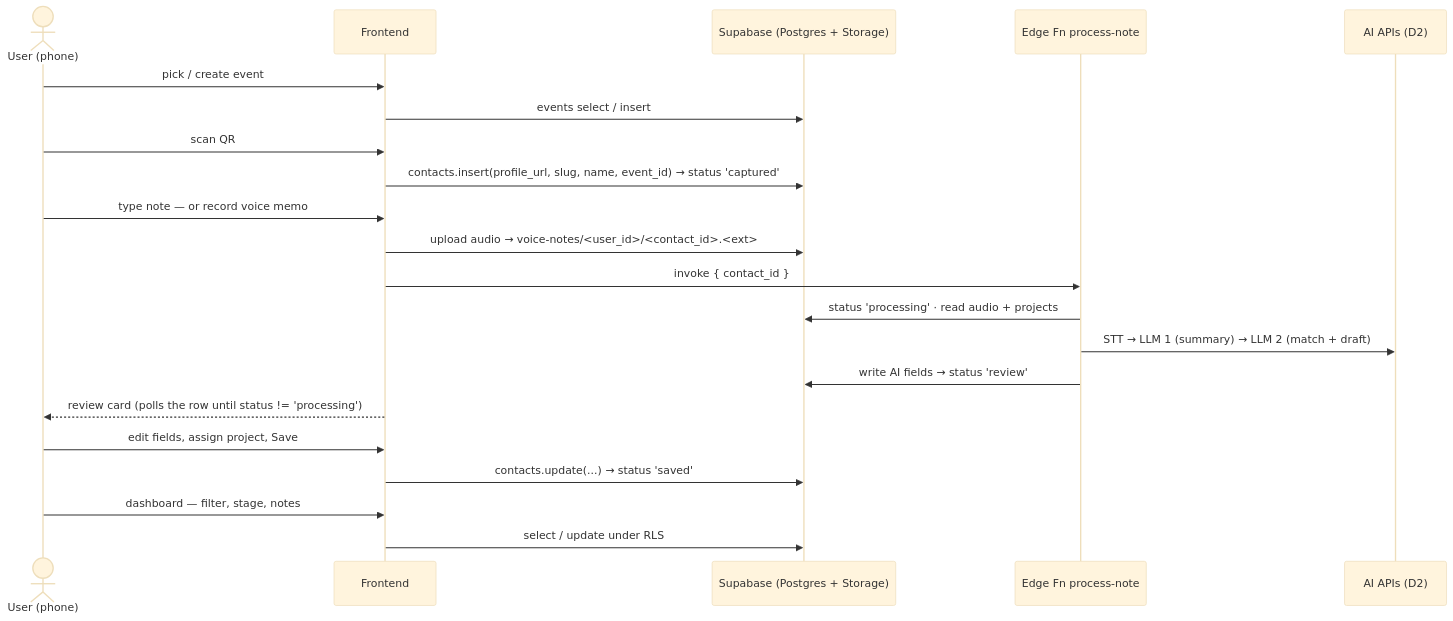
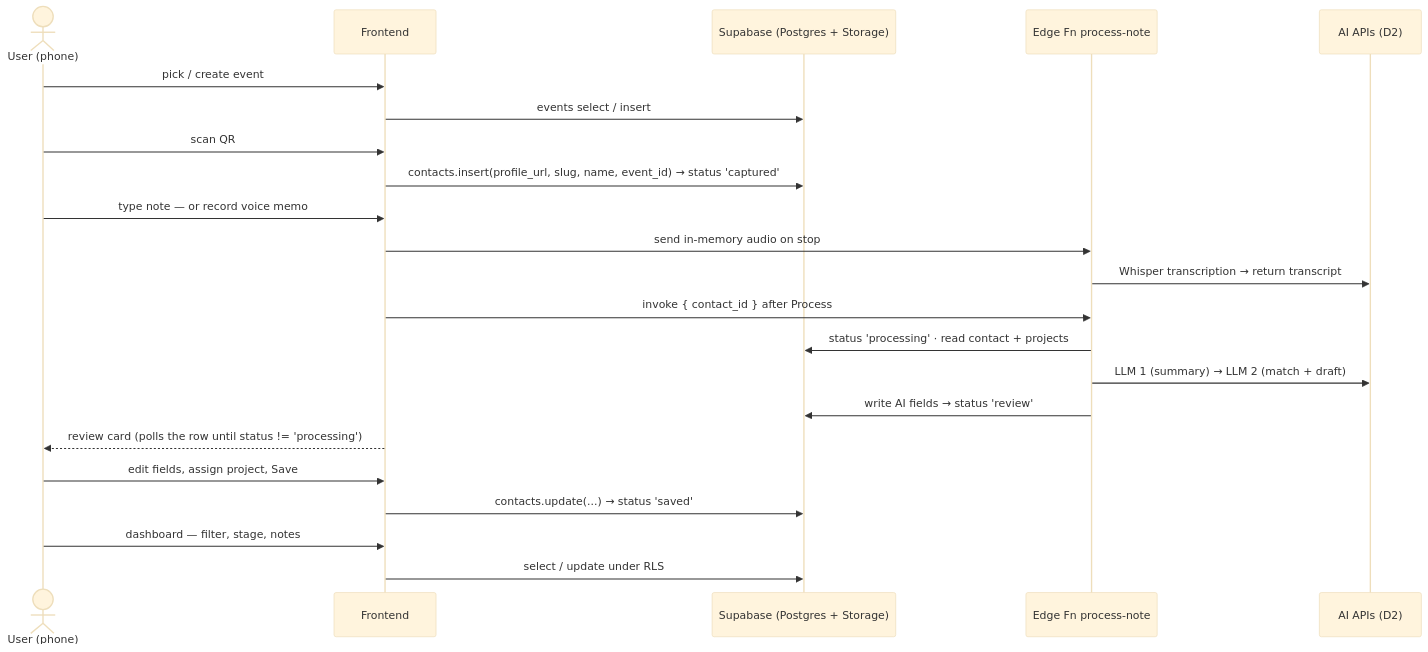
Before and after one commit to NodrrS/bcbt_hackathon: the diagram in docs/BACKEND_BRIEF.md, drawn with Mermaid (base theme). The commit also changed other lines of this file and 19 other files, not shown here.

First line of the commit message:
feat: Implement initial Supabase schema and policies, add voice memo processing functionality

````diff
--- a/docs/BACKEND_BRIEF.md
+++ b/docs/BACKEND_BRIEF.md
@@ -10,23 +10,24 @@
 ```mermaid
 sequenceDiagram
   actor U as User (phone)
   participant FE as Frontend
   participant SB as Supabase (Postgres + Storage)
   participant FN as Edge Fn process-note
   participant AI as AI APIs (D2)
   U->>FE: pick / create event
   FE->>SB: events select / insert
   U->>FE: scan QR
   FE->>SB: contacts.insert(profile_url, slug, name, event_id) → status 'captured'
   U->>FE: type note — or record voice memo
-  FE->>SB: upload audio → voice-notes/<user_id>/<contact_id>.<ext>
-  FE->>FN: invoke { contact_id }
-  FN->>SB: status 'processing' · read audio + projects
-  FN->>AI: STT → LLM 1 (summary) → LLM 2 (match + draft)
+  FE->>FN: send in-memory audio on stop
+  FN->>AI: Whisper transcription → return transcript
+  FE->>FN: invoke { contact_id } after Process
+  FN->>SB: status 'processing' · read contact + projects
+  FN->>AI: LLM 1 (summary) → LLM 2 (match + draft)
   FN->>SB: write AI fields → status 'review'
   FE-->>U: review card (polls the row until status != 'processing')
   U->>FE: edit fields, assign project, Save
   FE->>SB: contacts.update(...) → status 'saved'
   U->>FE: dashboard — filter, stage, notes
   FE->>SB: select / update under RLS
 ```
````
